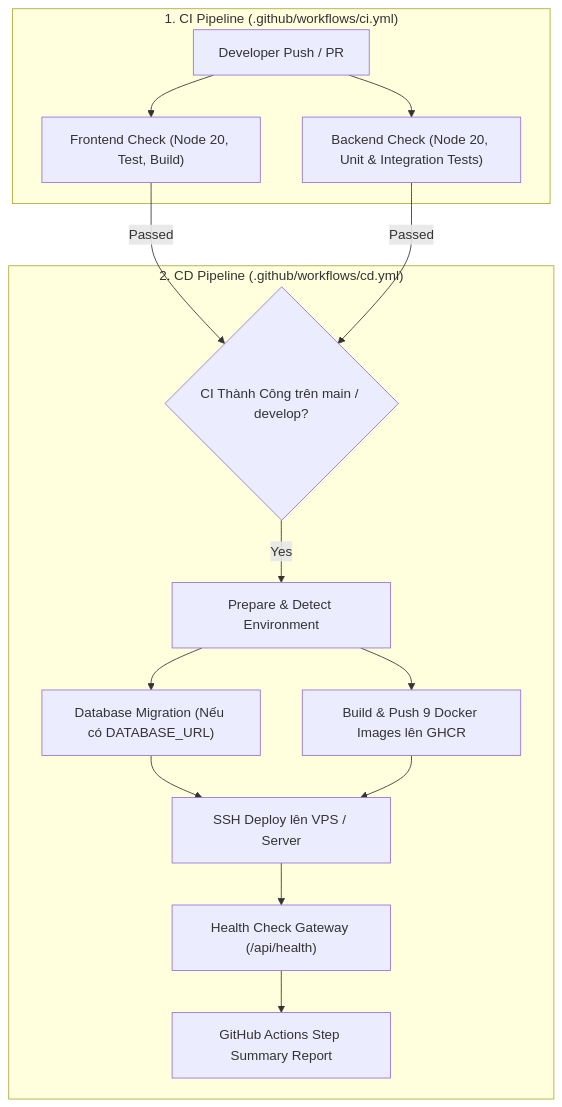
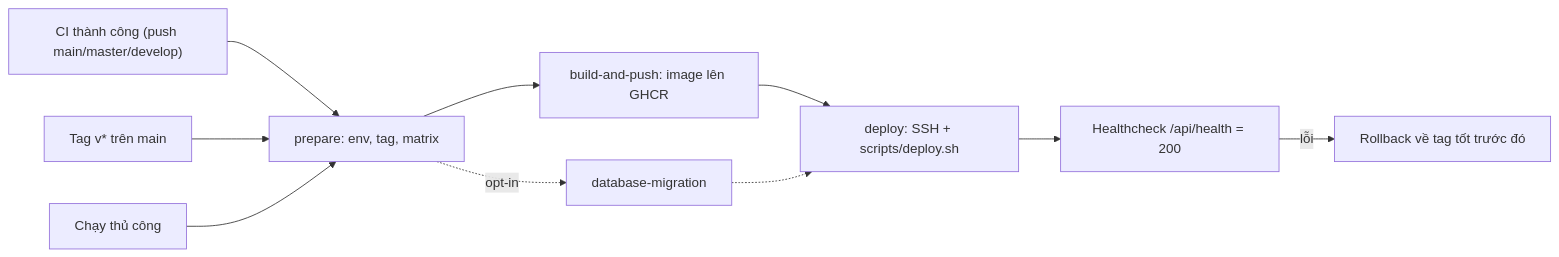
One commit to Vo-Thien-Linh/Nen_Tang_Phong_Chong_Bao_Luc_Mang changed the diagram in docs/deployment/cd-pipeline-guide.md. Above: the diagram before and after it, drawn with Mermaid. The commit also changed other lines of this file and 6 other files, not shown here.

Commit message:
cd: fix deploy to use GHCR images, per-environment secrets, safe migration and rollback

````diff
--- a/docs/deployment/cd-pipeline-guide.md
+++ b/docs/deployment/cd-pipeline-guide.md
@@ -9,18 +5,12 @@
 ```mermaid
-flowchart TD
-    subgraph CI["1. CI Pipeline (.github/workflows/ci.yml)"]
-        A["Developer Push / PR"] --> B["Frontend Check (Node 20, Test, Build)"]
-        A --> C["Backend Check (Node 20, Unit & Integration Tests)"]
-    end
-
-    subgraph CD["2. CD Pipeline (.github/workflows/cd.yml)"]
-        D{"CI Thành Công trên main / develop?"}
-        B & C -->|Passed| D
-        D -->|Yes| E["Prepare & Detect Environment"]
-        E --> F["Database Migration (Nếu có DATABASE_URL)"]
-        E --> G["Build & Push 9 Docker Images lên GHCR"]
-        F & G --> H["SSH Deploy lên VPS / Server"]
-        H --> I["Health Check Gateway (/api/health)"]
-        I --> J["GitHub Actions Step Summary Report"]
-    end
+flowchart LR
+    CI["CI thành công (push main/master/develop)"] --> P["prepare: env, tag, matrix"]
+    TAG["Tag v* trên main"] --> P
+    MAN["Chạy thủ công"] --> P
+    P --> B["build-and-push: image lên GHCR"]
+    P -.opt-in.-> M["database-migration"]
+    B --> D["deploy: SSH + scripts/deploy.sh"]
+    M -.-> D
+    D --> H["Healthcheck /api/health = 200"]
+    H -->|lỗi| R["Rollback về tag tốt trước đó"]
 ```
````
